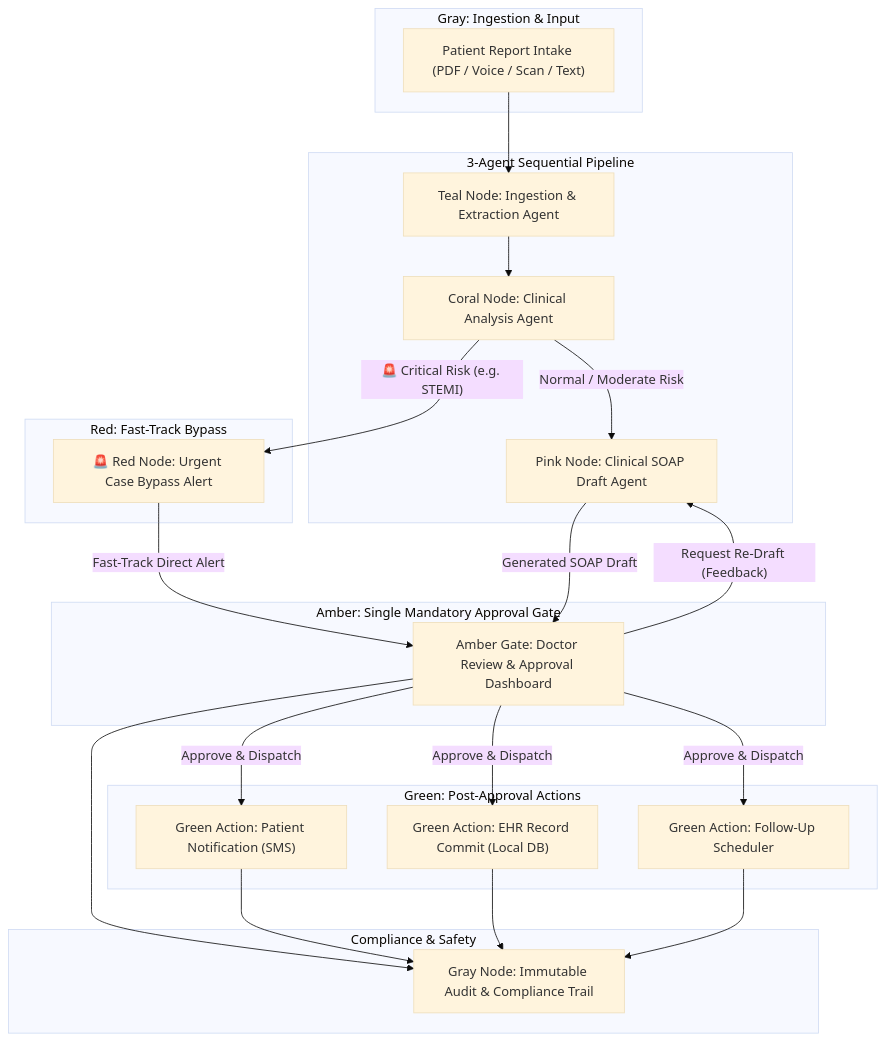
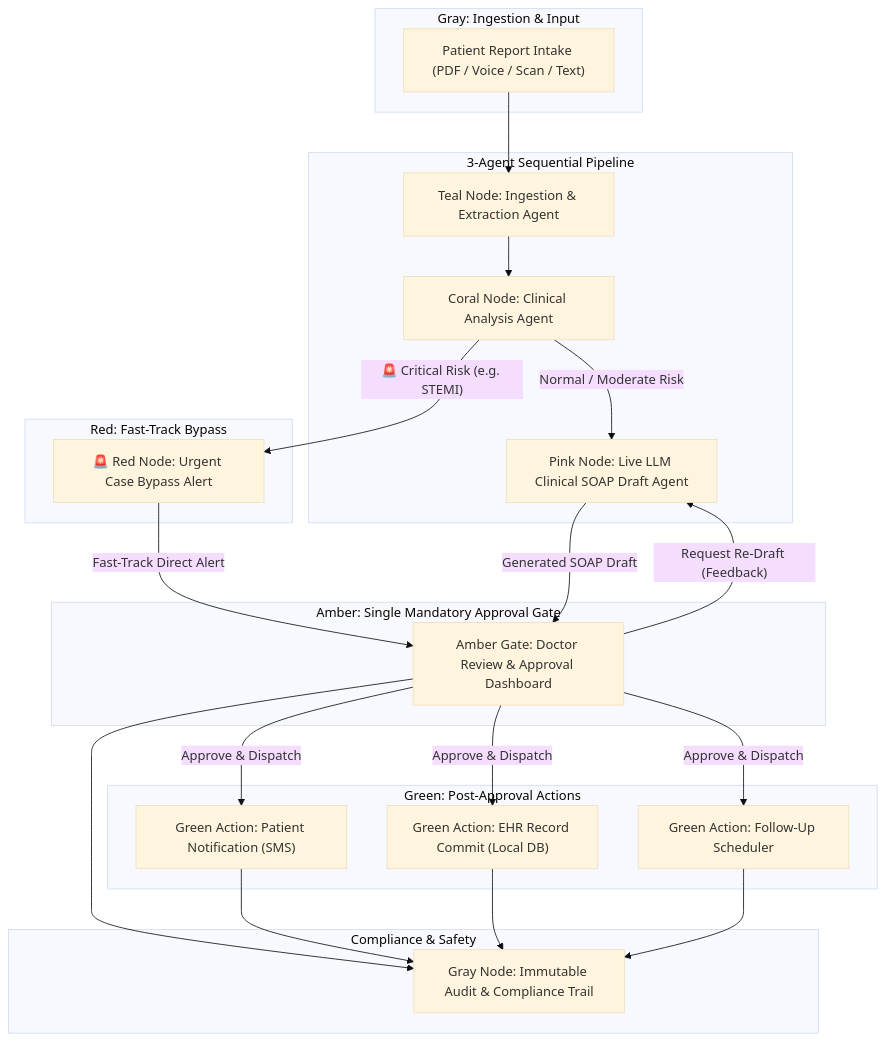
Before and after one commit to animeshbharti1/clinical-ai-agentic-pipeline: the diagram in README.md, drawn with Mermaid (base theme). The commit also changed other lines of this file and 5 other files, not shown here.

Commit message:
Update README.md with live deployment URL, LLM feature details, and ordered agent workflow screenshots [skip ci]

````diff
--- a/README.md
+++ b/README.md
@@ -40,54 +46,54 @@
 ```mermaid
 flowchart TD
     subgraph Data Intake ["Gray: Ingestion & Input"]
         A["Patient Report Intake (PDF / Voice / Scan / Text)"]
     end
 
     subgraph AgentChain ["3-Agent Sequential Pipeline"]
         B["Teal Node: Ingestion & Extraction Agent"]
         C["Coral Node: Clinical Analysis Agent"]
-        D["Pink Node: Clinical SOAP Draft Agent"]
+        D["Pink Node: Live LLM Clinical SOAP Draft Agent"]
     end
 
     subgraph FailSafe ["Red: Fast-Track Bypass"]
         E["🚨 Red Node: Urgent Case Bypass Alert"]
     end
 
     subgraph HumanGate ["Amber: Single Mandatory Approval Gate"]
         F["Amber Gate: Doctor Review & Approval Dashboard"]
     end
 
     subgraph PostApproval ["Green: Post-Approval Actions"]
         G1["Green Action: Patient Notification (SMS)"]
         G2["Green Action: EHR Record Commit (Local DB)"]
         G3["Green Action: Follow-Up Scheduler"]
     end
 
     subgraph AuditLog ["Compliance & Safety"]
         H["Gray Node: Immutable Audit & Compliance Trail"]
     end
 
     %% Pipeline Links
     A --> B
     B --> C
     
     %% Urgency Decision Branch
     C -- "Normal / Moderate Risk" --> D
     C -- "🚨 Critical Risk (e.g. STEMI)" --> E
     E -- "Fast-Track Direct Alert" --> F
     D -- "Generated SOAP Draft" --> F
 
     %% Rejection Revision Loop
     F -- "Request Re-Draft (Feedback)" --> D
 
     %% Post-Approval Dispatch
     F -- "Approve & Dispatch" --> G1
     F -- "Approve & Dispatch" --> G2
     F -- "Approve & Dispatch" --> G3
 
     %% Audit Connections
     F --> H
     G1 --> H
     G2 --> H
     G3 --> H
 ```
````
